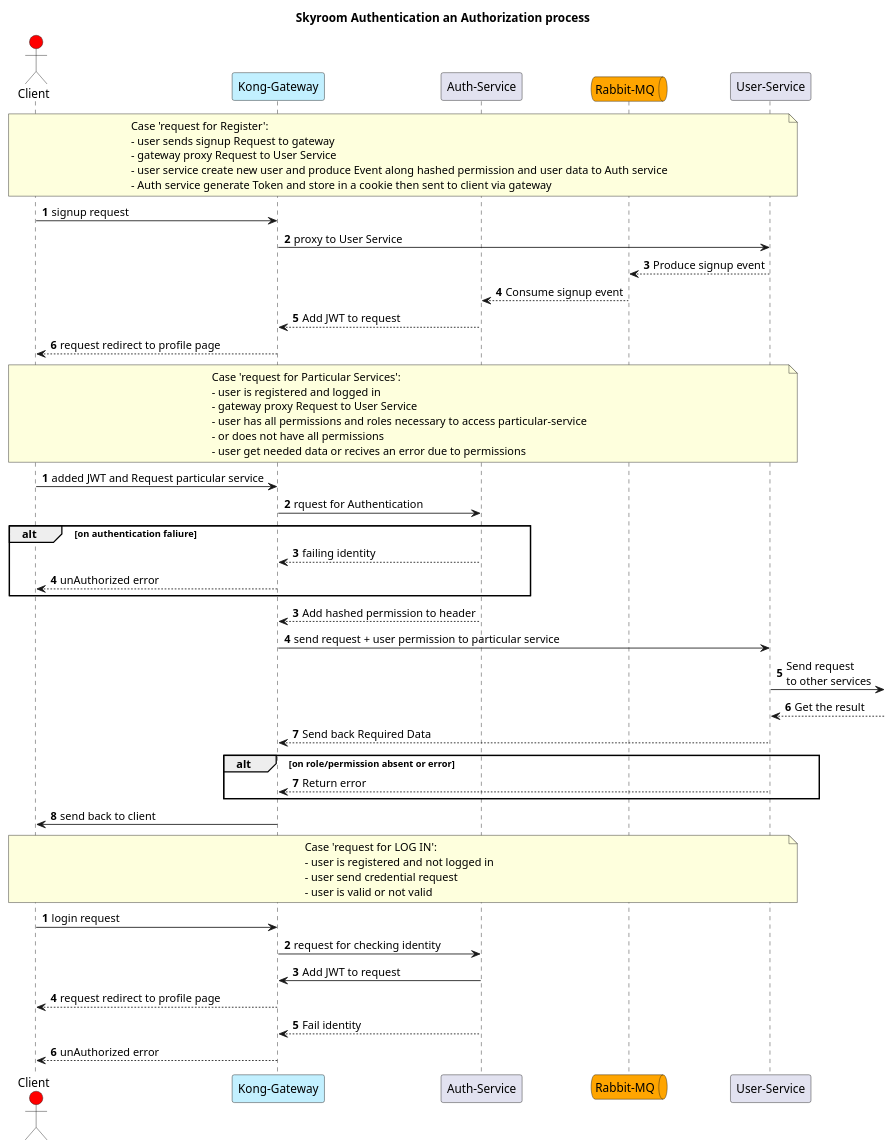
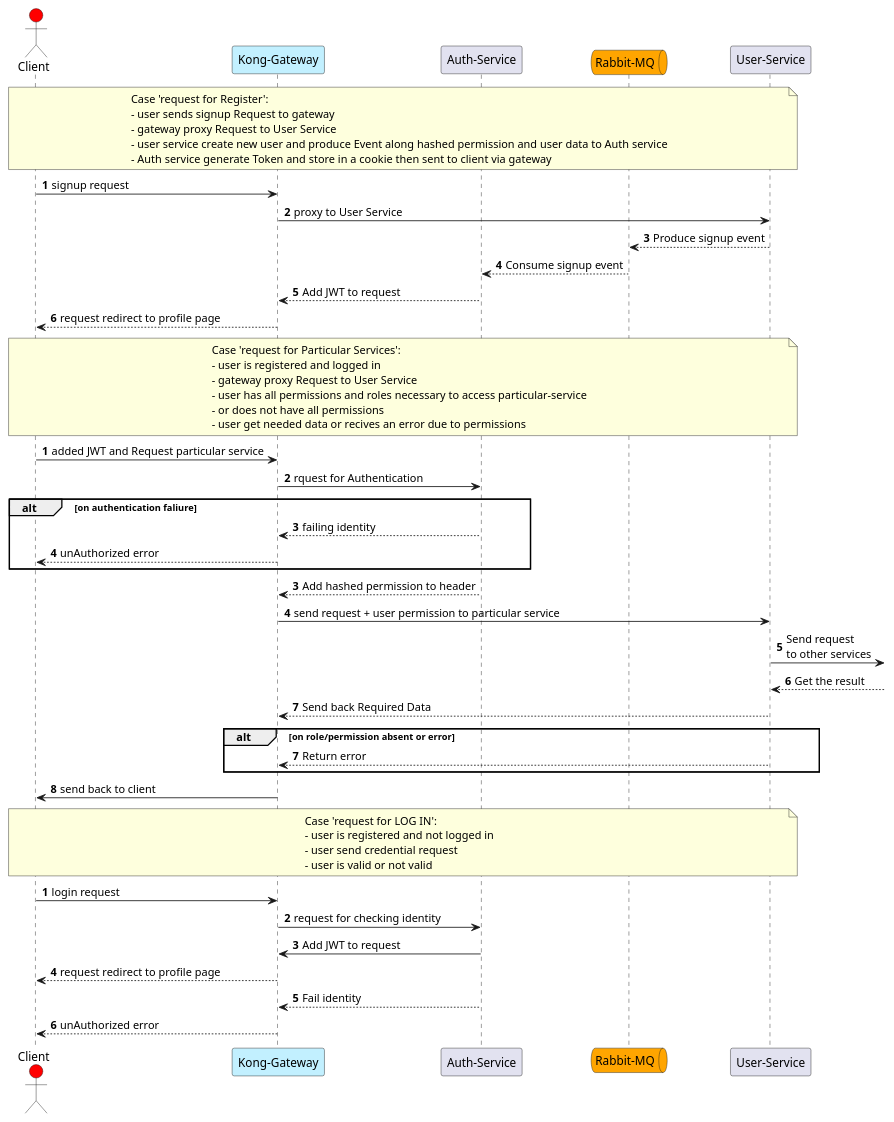
One commit to rostamiani/plantuml-course changed the diagram in 05-sequence-examples.puml. Above: the diagram before and after it, drawn with PlantUML. The commit also changed 3 other files, not shown here.

```diff
--- a/05-sequence-examples.puml
+++ b/05-sequence-examples.puml
@@ -1,69 +1,68 @@
 @startuml
-title Skyroom Authentication an Authorization process
 
 actor Client as client #red
 participant "Kong-Gateway" as kong #APPLICATION
 participant "Auth-Service" as auth
 queue "Rabbit-MQ" as rabbit #orange
 participant "User-Service" as user
 
 note across
 Case 'request for Register':
 - user sends signup Request to gateway
 - gateway proxy Request to User Service
 - user service create new user and produce Event along hashed permission and user data to Auth service
 - Auth service generate Token and store in a cookie then sent to client via gateway
 end note
 
 autonumber
 client->kong:signup request
 kong->user:proxy to User Service
 user-->rabbit:Produce signup event
 rabbit-->auth:Consume signup event
 auth-->kong:Add JWT to request
 kong-->client:request redirect to profile page
 
 note across
 Case 'request for Particular Services':
 - user is registered and logged in
 - gateway proxy Request to User Service
 - user has all permissions and roles necessary to access particular-service
 - or does not have all permissions
 - user get needed data or recives an error due to permissions
 end note
 
 autonumber 1
 client->kong:added JWT and Request particular service
 kong->auth:rquest for Authentication
 alt on authentication faliure
     auth-->kong:failing identity
     kong-->client:unAuthorized error
 end
 autonumber 3
 auth-->kong:Add hashed permission to header
 kong->user:send request + user permission to particular service
 user->:Send request \nto other services
 user<--: Get the result
 user-->kong:Send back Required Data
 alt on role/permission absent or error
     autonumber 7
     user-->kong:Return error
 end alt
 kong->client:send back to client
 
 note across
 Case 'request for LOG IN':
 - user is registered and not logged in
 - user send credential request
 - user is valid or not valid
 end note
 
 autonumber 1
 client->kong:login request
 kong->auth:request for checking identity
 auth->kong:Add JWT to request
 kong-->client:request redirect to profile page
 auth-->kong:Fail identity
 kong-->client:unAuthorized error
 
 @enduml
```
